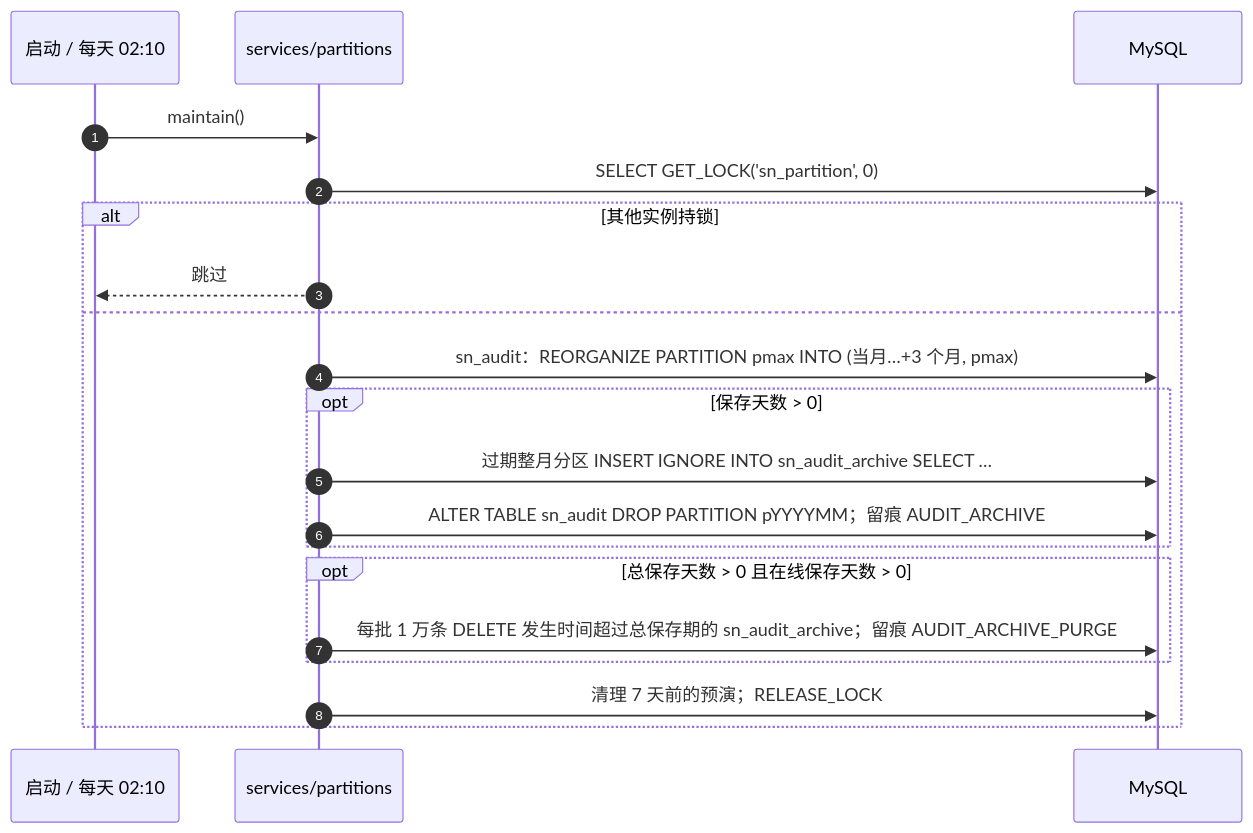
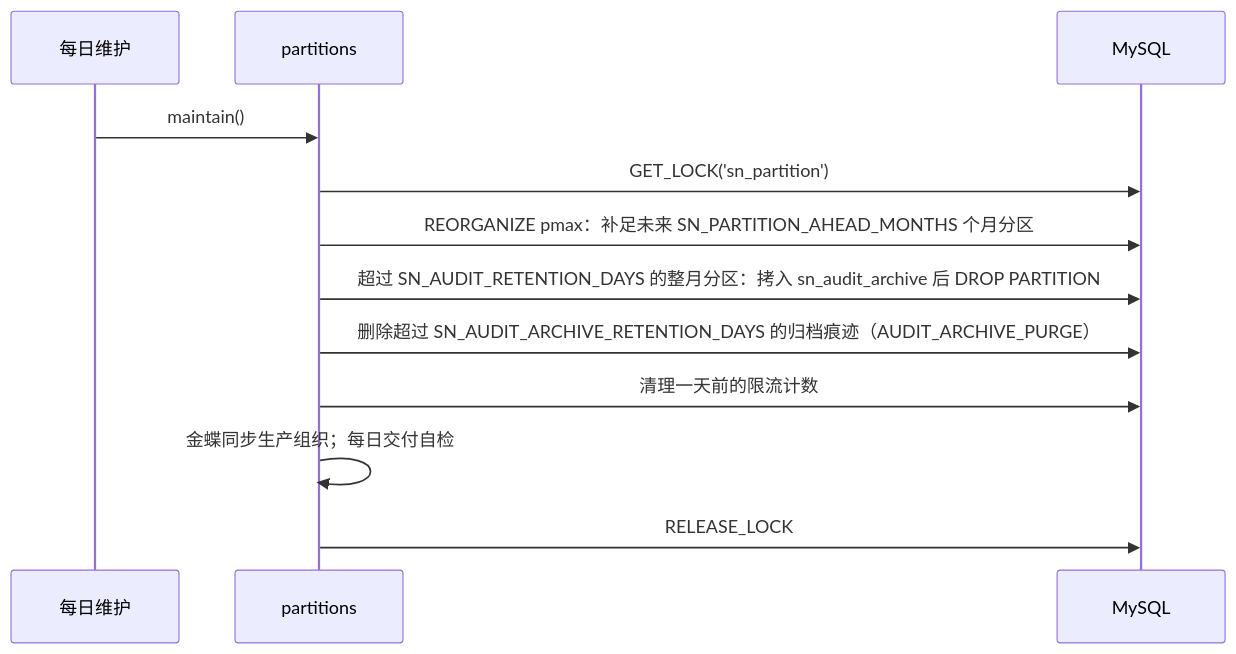
Diagram 14 of 14 in docs/技术文档.md (Createsnow/sn-center), drawn with Mermaid before and after one commit. The commit also changed other lines of this file and 83 other files, not shown here.

````diff
--- a/docs/技术文档.md
+++ b/docs/技术文档.md
@@ -451,22 +553,14 @@
 ```mermaid
 sequenceDiagram
-    autonumber
-    participant S as 启动 / 每天 02:10
-    participant P as services/partitions
+    participant S as 每日维护
+    participant P as partitions
     participant DB as MySQL
     S->>P: maintain()
-    P->>DB: SELECT GET_LOCK('sn_partition', 0)
-    alt 其他实例持锁
-        P-->>S: 跳过
-    else
-        P->>DB: sn_audit：REORGANIZE PARTITION pmax INTO (当月…+3 个月, pmax)
-        opt 保存天数 > 0
-            P->>DB: 过期整月分区 INSERT IGNORE INTO sn_audit_archive SELECT …
-            P->>DB: ALTER TABLE sn_audit DROP PARTITION pYYYYMM；留痕 AUDIT_ARCHIVE
-        end
-        opt 总保存天数 > 0 且在线保存天数 > 0
-            P->>DB: 每批 1 万条 DELETE 发生时间超过总保存期的 sn_audit_archive；留痕 AUDIT_ARCHIVE_PURGE
-        end
-        P->>DB: 清理 7 天前的预演；RELEASE_LOCK
-    end
+    P->>DB: GET_LOCK('sn_partition')
+    P->>DB: REORGANIZE pmax：补足未来 SN_PARTITION_AHEAD_MONTHS 个月分区
+    P->>DB: 超过 SN_AUDIT_RETENTION_DAYS 的整月分区：拷入 sn_audit_archive 后 DROP PARTITION
+    P->>DB: 删除超过 SN_AUDIT_ARCHIVE_RETENTION_DAYS 的归档痕迹（AUDIT_ARCHIVE_PURGE）
+    P->>DB: 清理一天前的限流计数
+    P->>P: 金蝶同步生产组织；每日交付自检
+    P->>DB: RELEASE_LOCK
 ```
````
